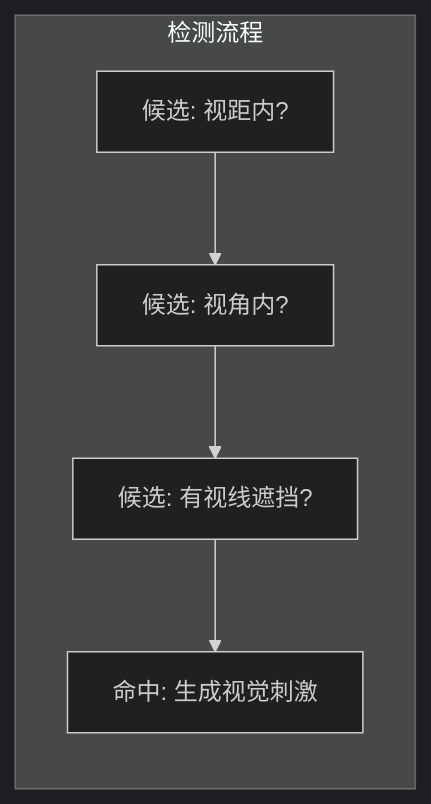
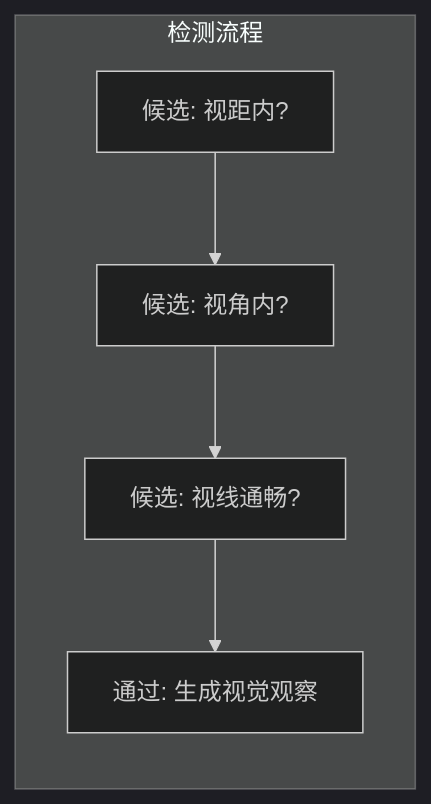
Before and after one commit to fantuan812/learning: the fourth of 4 diagrams in 知识/06-游戏AI/感知决策与行为规划/01-AI总体架构与感知.md, drawn with Mermaid (dark theme). The commit also changed other lines of this file and 2 other files, not shown here.

````diff
--- a/知识/06-游戏AI/感知决策与行为规划/01-AI总体架构与感知.md
+++ b/知识/06-游戏AI/感知决策与行为规划/01-AI总体架构与感知.md
@@ -215,8 +167,8 @@
 ```mermaid
 flowchart LR
     subgraph 检测流程
         A[候选: 视距内?] --> B[候选: 视角内?]
-        B --> C[候选: 有视线遮挡?]
-        C --> D[命中: 生成视觉刺激]
+        B --> C[候选: 视线通畅?]
+        C --> D[通过: 生成视觉观察]
     end
 ```
````
